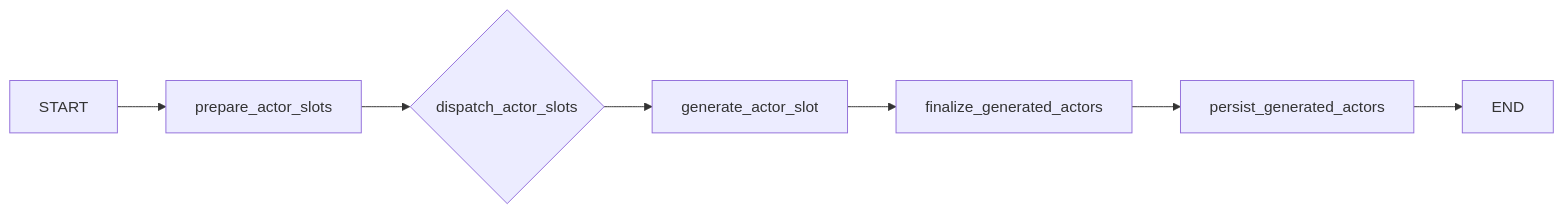
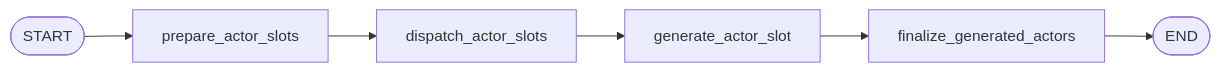
Before and after one commit to keonho-kim/simula: the diagram in docs/workflows/generation.md, drawn with Mermaid. The commit also changed other lines of this file and 98 other files, not shown here.

````diff
--- a/docs/workflows/generation.md
+++ b/docs/workflows/generation.md
@@ -10,9 +9,8 @@
 ```mermaid
 flowchart LR
-    START --> prepare_actor_slots
-    prepare_actor_slots --> dispatch{"dispatch_actor_slots"}
-    dispatch --> generate_actor_slot
-    generate_actor_slot --> finalize_generated_actors
-    finalize_generated_actors --> persist_generated_actors
-    persist_generated_actors --> END
+    Start([START]) --> Prepare["prepare_actor_slots"]
+    Prepare --> FanOut["dispatch_actor_slots"]
+    FanOut --> Worker["generate_actor_slot"]
+    Worker --> Finalize["finalize_generated_actors"]
+    Finalize --> End([END])
 ```
````
